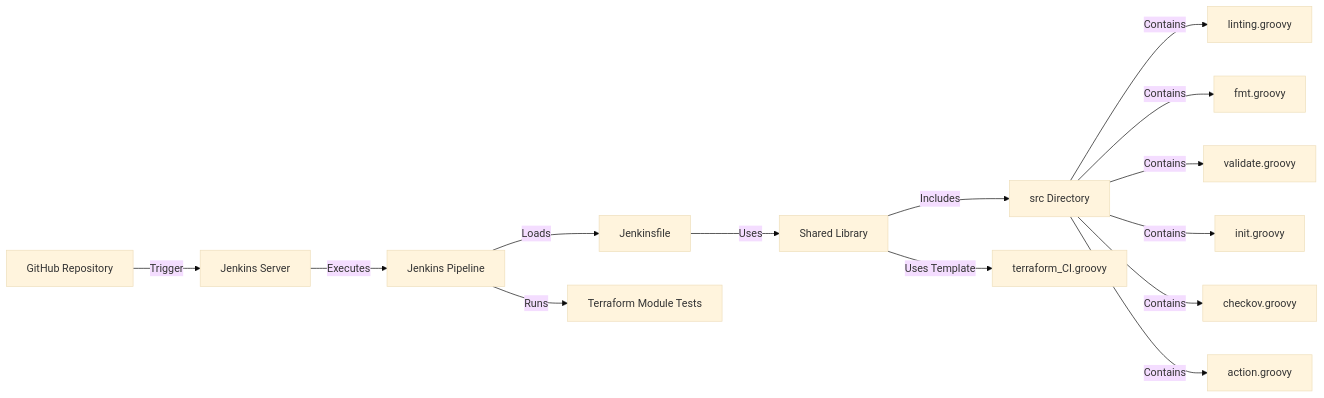
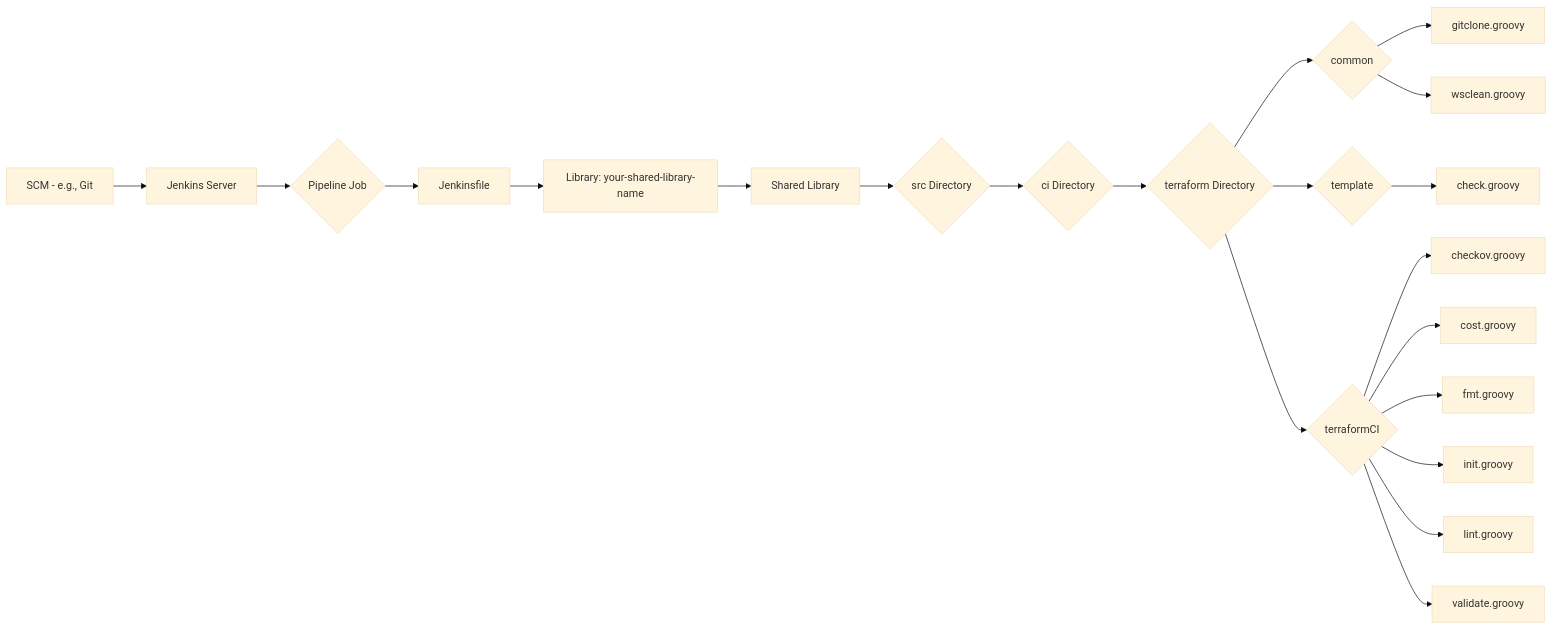
Before and after one commit to mohitmaikhuri03/TerraformCI: the diagram in README.md, drawn with Mermaid (base theme).

````diff
--- a/README.md
+++ b/README.md
@@ -42,16 +42,20 @@
 ```mermaid
+---
+config:
+  layout: fixed
+---
 flowchart LR
-    A[GitHub Repository] -->|Trigger| B[Jenkins Server]
-    B -->|Executes| C[Jenkins Pipeline]
-    C -->|Loads| D[Jenkinsfile]
-    D -->|Uses| E[Shared Library]
-    E -->|Includes| F[src Directory]
-    F -->|Contains| G[linting.groovy]
-    F -->|Contains| H[fmt.groovy]
-    F -->|Contains| I[validate.groovy]
-    F -->|Contains| J[init.groovy]
-    F -->|Contains| K[checkov.groovy]
-    F -->|Contains| L[action.groovy]
-    E -->|Uses Template| M[terraform_CI.groovy]
-    C -->|Runs| N[Terraform Module Tests]
+    A["SCM - e.g., Git"] --> B["Jenkins Server"]
+    B --> C{"Pipeline Job"}
+    C --> D["Jenkinsfile"]
+    D --> E["Library: your-shared-library-name"]
+    E --> F["Shared Library"]
+    F --> G{"src Directory"}
+    G --> H{"ci Directory"}
+    H --> I{"terraform Directory"}
+    I --> J{"common"} & K{"template"} & L{"terraformCI"}
+    J --> M["gitclone.groovy"] & N["wsclean.groovy"]
+    K --> O["check.groovy"]
+    L --> P["checkov.groovy"] & Q["cost.groovy"] & R["fmt.groovy"] & S["init.groovy"] & T["lint.groovy"] & U["validate.groovy"]
+
 ```
````
